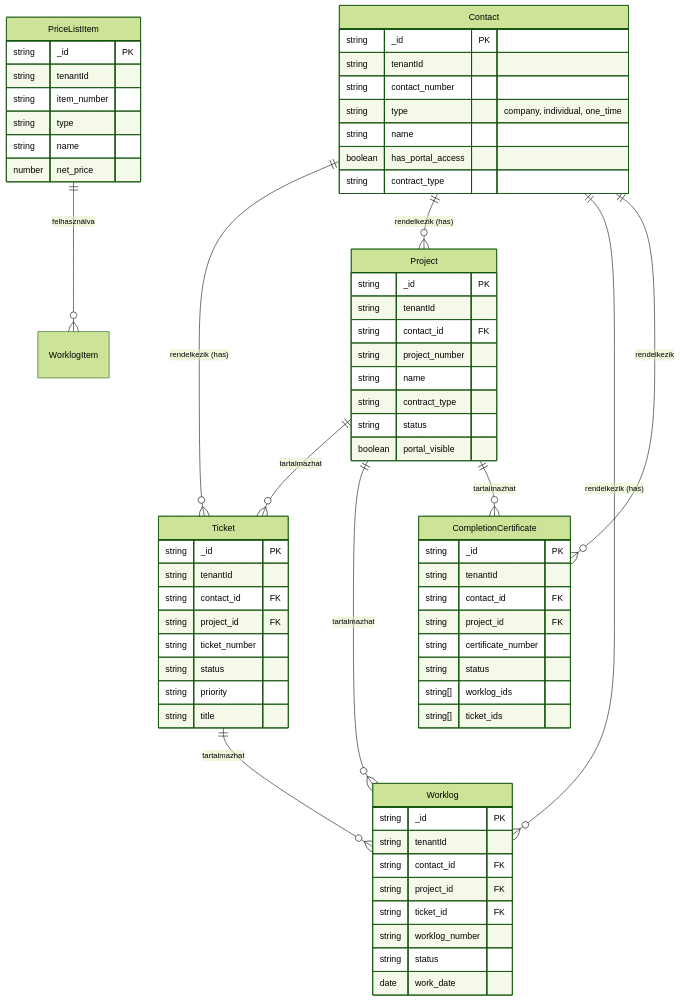
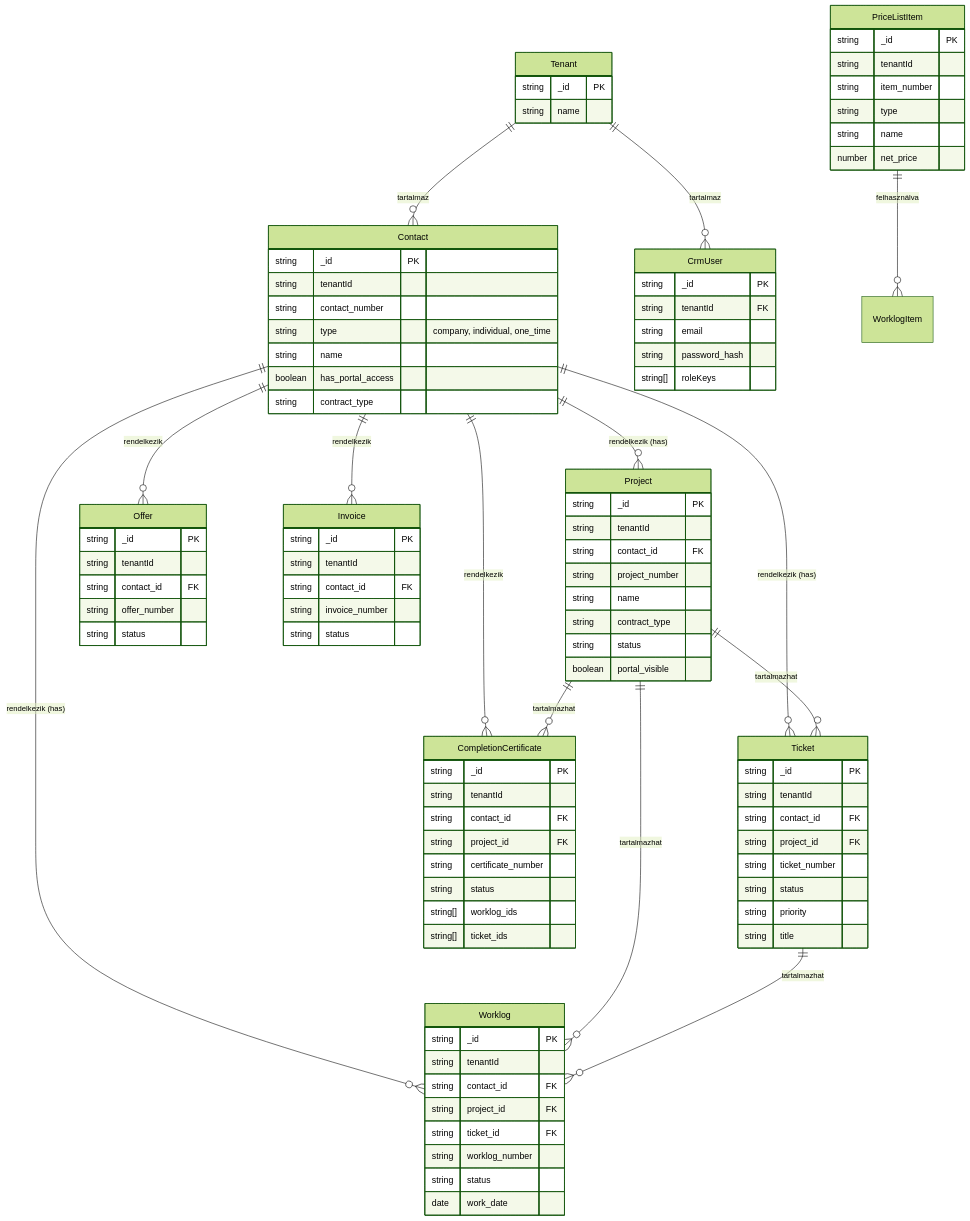
Before and after one commit to davids-src/SIRONIC_IntraSystem: the diagram in DATABASE.md, drawn with Mermaid (forest theme). The commit also changed other lines of this file and 130 other files, not shown here.

Commit message:
Created database and backend architect

````diff
--- a/DATABASE.md
+++ b/DATABASE.md
@@ -19,6 +19,10 @@
     Ticket ||--o{ Worklog : "tartalmazhat"
     Contact ||--o{ CompletionCertificate : "rendelkezik"
     Project ||--o{ CompletionCertificate : "tartalmazhat"
+    Contact ||--o{ Offer : "rendelkezik"
+    Contact ||--o{ Invoice : "rendelkezik"
+    Tenant ||--o{ Contact : "tartalmaz"
+    Tenant ||--o{ CrmUser : "tartalmaz"
     PriceListItem ||--o{ WorklogItem : "felhasználva"
 
     Contact {
@@ -83,4 +87,33 @@
         string name
         number net_price
     }
+
+    Tenant {
+        string _id PK
+        string name
+    }
+
+    CrmUser {
+        string _id PK
+        string tenantId FK
+        string email
+        string password_hash
+        string[] roleKeys
+    }
+
+    Offer {
+        string _id PK
+        string tenantId
+        string contact_id FK
+        string offer_number
+        string status
+    }
+
+    Invoice {
+        string _id PK
+        string tenantId
+        string contact_id FK
+        string invoice_number
+        string status
+    }
 ```
````
